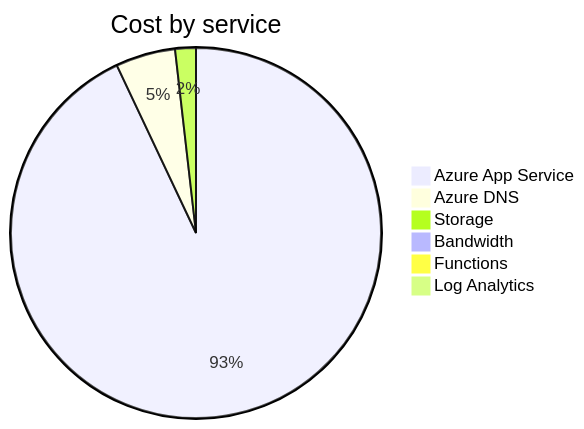
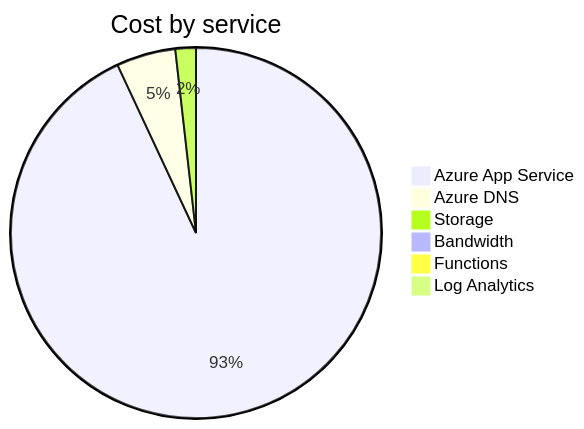
Before and after one commit to jpfulton/azure-personal-reports: the second of 4 diagrams in cost-reports/accumulated-cost.md, drawn with Mermaid. The commit also changed other lines of this file and 4 other files, not shown here.

````diff
--- a/cost-reports/accumulated-cost.md
+++ b/cost-reports/accumulated-cost.md
@@ -100,10 +100,10 @@
 ```mermaid
 pie
    title Cost by service
-   "Azure App Service" : 8.21
-   "Azure DNS" : 0.46
-   "Storage" : 0.16
+   "Azure App Service" : 8.83
+   "Azure DNS" : 0.49
+   "Storage" : 0.17
    "Bandwidth" : 0.00
    "Functions" : 0.00
    "Log Analytics" : 0.00
 ```
````
